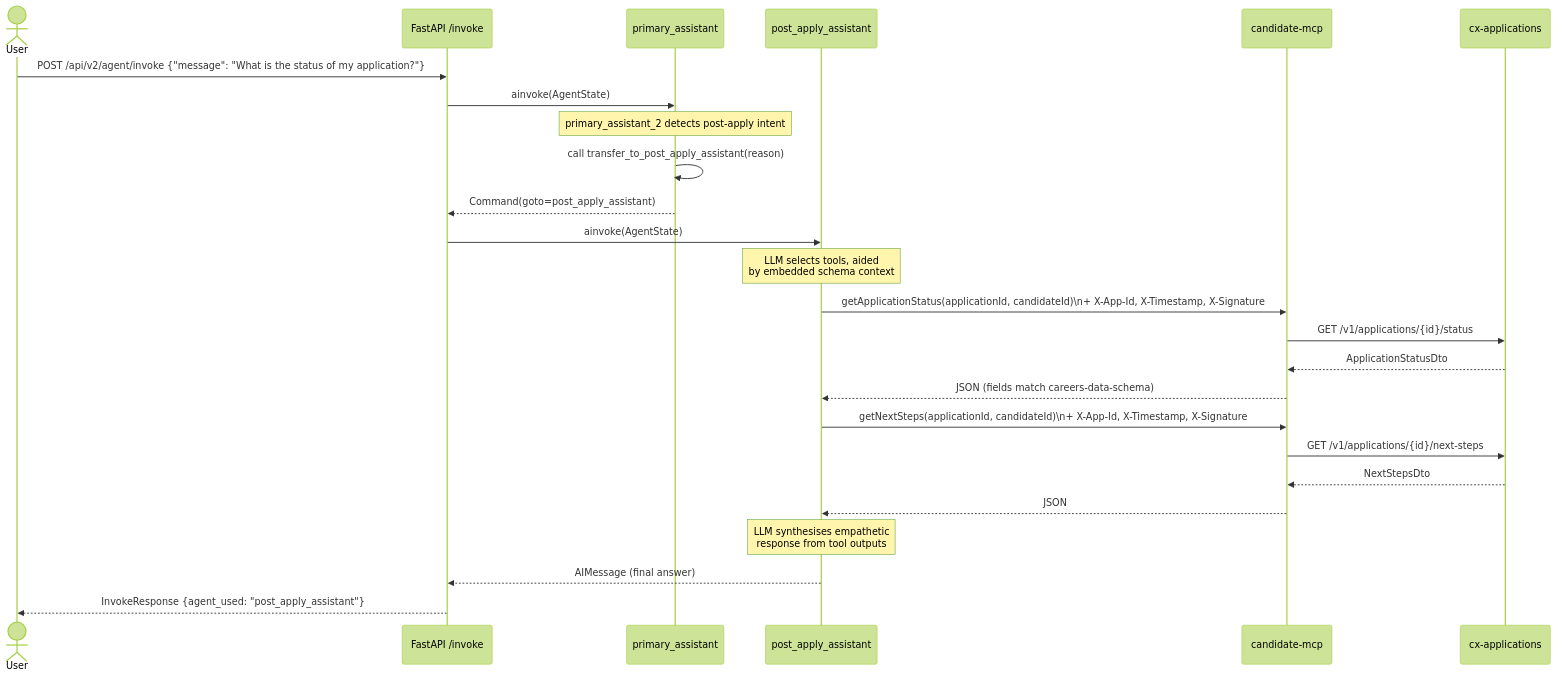
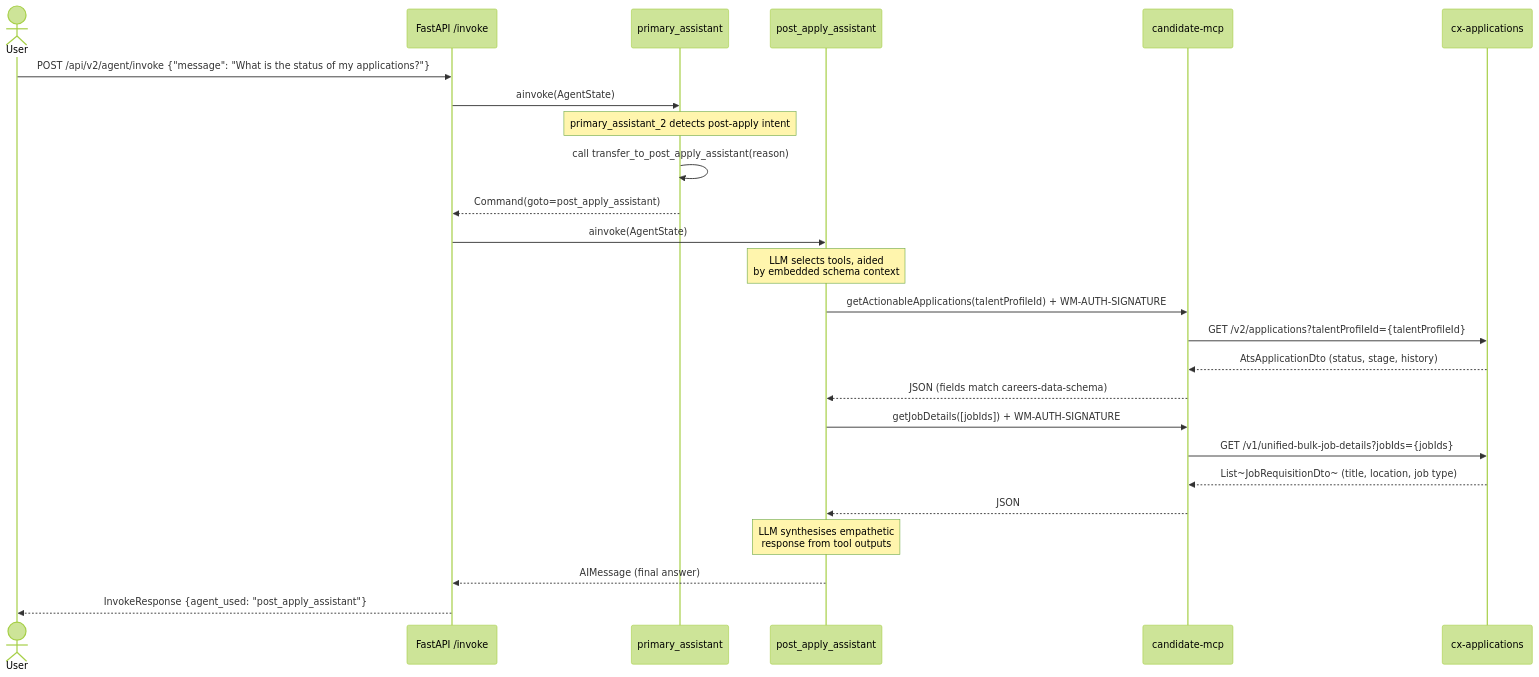
Diagram 15 of 35 in LLD_POST_APPLY_ASSISTANT.md (venkat-raman17/candidate-agent), drawn with Mermaid (forest theme) before and after one commit. The commit also changed other lines of this file, not shown here.

````diff
--- a/LLD_POST_APPLY_ASSISTANT.md
+++ b/LLD_POST_APPLY_ASSISTANT.md
@@ -1323,33 +940,33 @@
 ```mermaid
 sequenceDiagram
     actor User
     participant API as FastAPI /invoke
     participant PA as primary_assistant
     participant PAA as post_apply_assistant
     participant CMCP as candidate-mcp
     participant CXA as cx-applications
 
-    User->>API: POST /api/v2/agent/invoke {"message": "What is the status of my application?"}
+    User->>API: POST /api/v2/agent/invoke {"message": "What is the status of my applications?"}
     API->>PA: ainvoke(AgentState)
 
     note over PA: primary_assistant_2 detects post-apply intent
     PA->>PA: call transfer_to_post_apply_assistant(reason)
     PA-->>API: Command(goto=post_apply_assistant)
 
     API->>PAA: ainvoke(AgentState)
     note over PAA: LLM selects tools, aided<br/>by embedded schema context
 
-    PAA->>CMCP: getApplicationStatus(applicationId, candidateId)\n+ X-App-Id, X-Timestamp, X-Signature
-    CMCP->>CXA: GET /v1/applications/{id}/status
-    CXA-->>CMCP: ApplicationStatusDto
+    PAA->>CMCP: getActionableApplications(talentProfileId) + WM-AUTH-SIGNATURE
+    CMCP->>CXA: GET /v2/applications?talentProfileId={talentProfileId}
+    CXA-->>CMCP: AtsApplicationDto (status, stage, history)
     CMCP-->>PAA: JSON  (fields match careers-data-schema)
 
-    PAA->>CMCP: getNextSteps(applicationId, candidateId)\n+ X-App-Id, X-Timestamp, X-Signature
-    CMCP->>CXA: GET /v1/applications/{id}/next-steps
-    CXA-->>CMCP: NextStepsDto
+    PAA->>CMCP: getJobDetails([jobIds]) + WM-AUTH-SIGNATURE
+    CMCP->>CXA: GET /v1/unified-bulk-job-details?jobIds={jobIds}
+    CXA-->>CMCP: List~JobRequisitionDto~ (title, location, job type)
     CMCP-->>PAA: JSON
 
     note over PAA: LLM synthesises empathetic<br/>response from tool outputs
     PAA-->>API: AIMessage (final answer)
     API-->>User: InvokeResponse {agent_used: "post_apply_assistant"}
 ```
````
